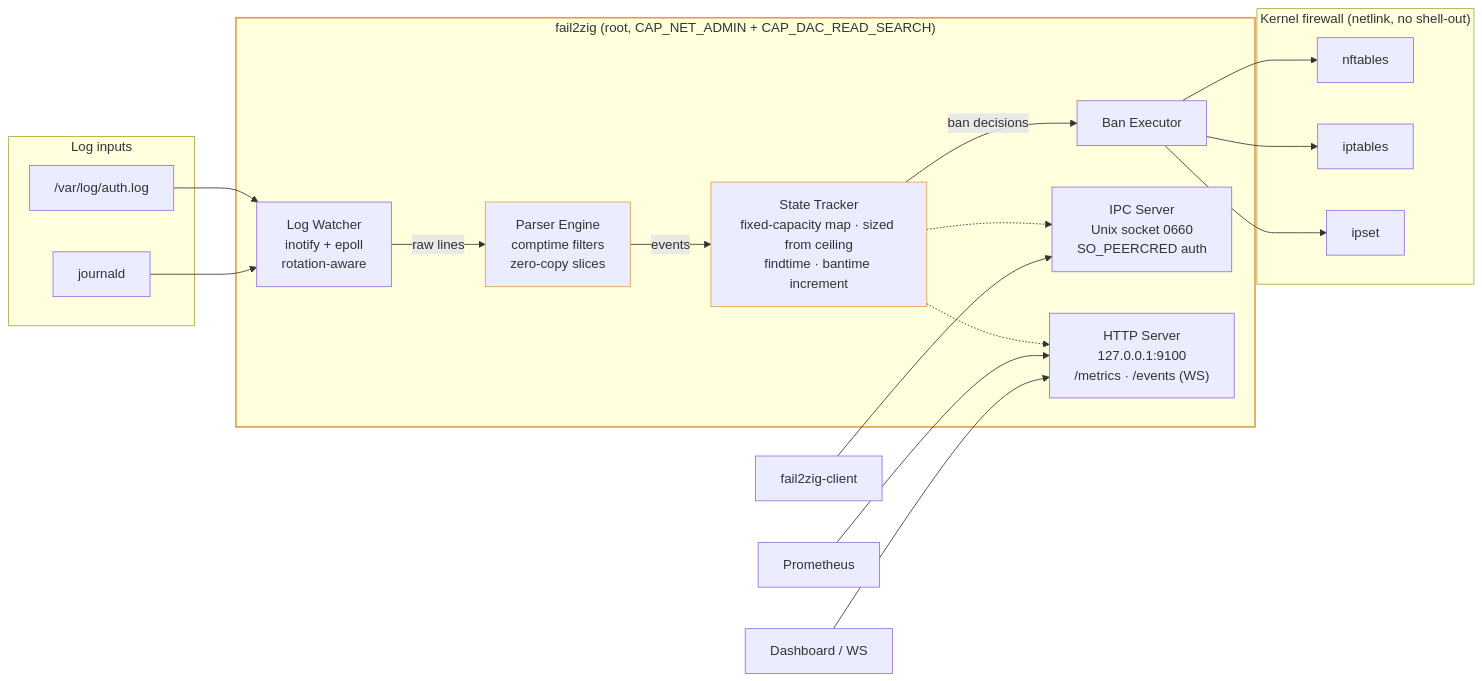
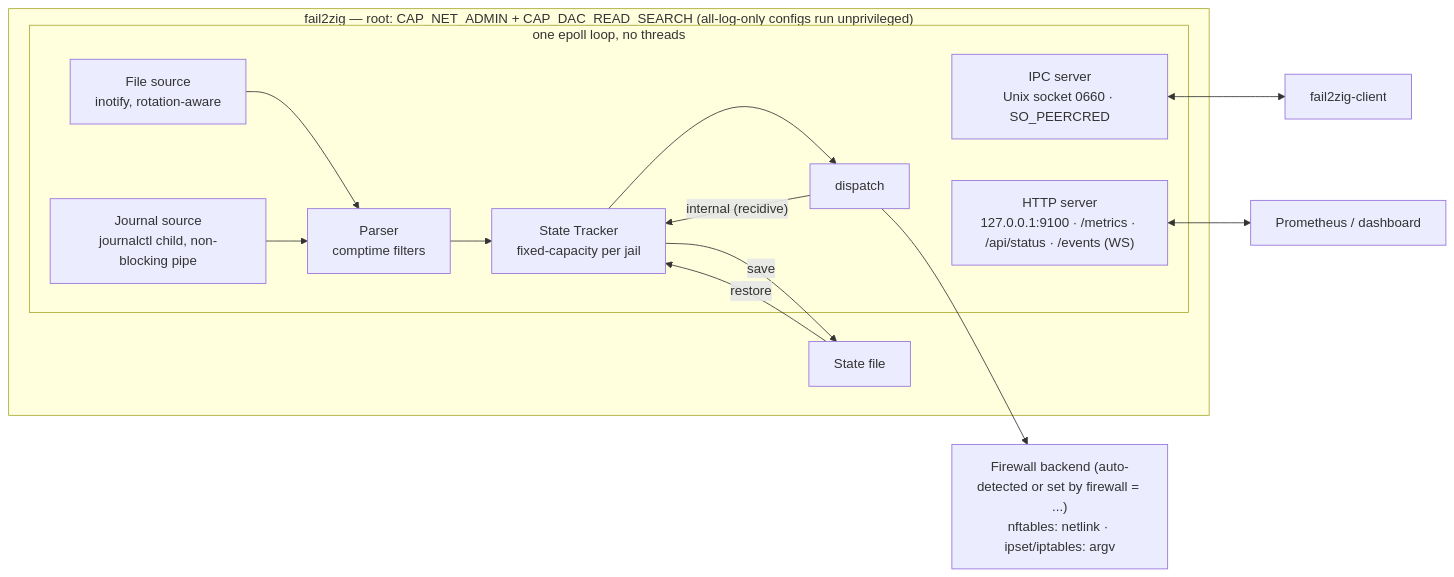
The diagram in README.md (ul0gic/fail2zig), drawn with Mermaid before and after one commit. The commit also changed other lines of this file and 64 other files, not shown here.

````diff
--- a/README.md
+++ b/README.md
@@ -109,41 +114,32 @@
 ```mermaid
 flowchart LR
-    subgraph Inputs["Log inputs"]
-        AL["/var/log/auth.log"]
-        JD["journald"]
+    subgraph Daemon["fail2zig — root: CAP_NET_ADMIN + CAP_DAC_READ_SEARCH (all-log-only configs run unprivileged)"]
+        subgraph Loop["one epoll loop, no threads"]
+            FS["File source<br/>inotify, rotation-aware"]
+            JS["Journal source<br/>journalctl child, non-blocking pipe"]
+            PE["Parser<br/>comptime filters"]
+            ST["State Tracker<br/>fixed-capacity per jail"]
+            DP["dispatch"]
+            IPC["IPC server<br/>Unix socket 0660 · SO_PEERCRED"]
+            HTTP["HTTP server<br/>127.0.0.1:9100 · /metrics · /api/status · /events (WS)"]
+        end
+        SF["State file"]
     end
 
-    subgraph Daemon["fail2zig (root, CAP_NET_ADMIN + CAP_DAC_READ_SEARCH)"]
-        LW["Log Watcher<br/>inotify + epoll<br/>rotation-aware"]
-        PE["Parser Engine<br/>comptime filters<br/>zero-copy slices"]
-        ST["State Tracker<br/>fixed-capacity map · sized from ceiling<br/>findtime · bantime increment"]
-        BE["Ban Executor"]
-        IPC["IPC Server<br/>Unix socket 0660<br/>SO_PEERCRED auth"]
-        HTTP["HTTP Server<br/>127.0.0.1:9100<br/>/metrics · /events (WS)"]
-    end
+    BE["Firewall backend (auto-detected or set by firewall = ...)<br/>nftables: netlink · ipset/iptables: argv"]
+    CLI["fail2zig-client"]
+    PROM["Prometheus / dashboard"]
 
-    subgraph Kernel["Kernel firewall (netlink, no shell-out)"]
-        NFT["nftables"]
-        IPT["iptables"]
-        IPS["ipset"]
-    end
-
-    AL --> LW
-    JD --> LW
-    LW -->|raw lines| PE
-    PE -->|events| ST
-    ST -->|ban decisions| BE
-    BE --> NFT
-    BE --> IPT
-    BE --> IPS
-    ST -.-> IPC
-    ST -.-> HTTP
-
-    CLI["fail2zig-client"] --> IPC
-    PROM["Prometheus"] --> HTTP
-    DASH["Dashboard / WS"] --> HTTP
-
-    style Daemon stroke:#E1A050,stroke-width:2px
-    style PE stroke:#E1A050
-    style ST stroke:#E1A050
+    FS --> PE
+    JS --> PE
+    PE --> ST
+    ST --> DP
+    DP --> BE
+    DP -->|"internal (recidive)"| ST
+    ST -->|save| SF
+    SF -->|restore| ST
+    IPC <--> CLI
+    HTTP <--> PROM
+    DP ~~~ IPC
+    DP ~~~ HTTP
 ```
````
